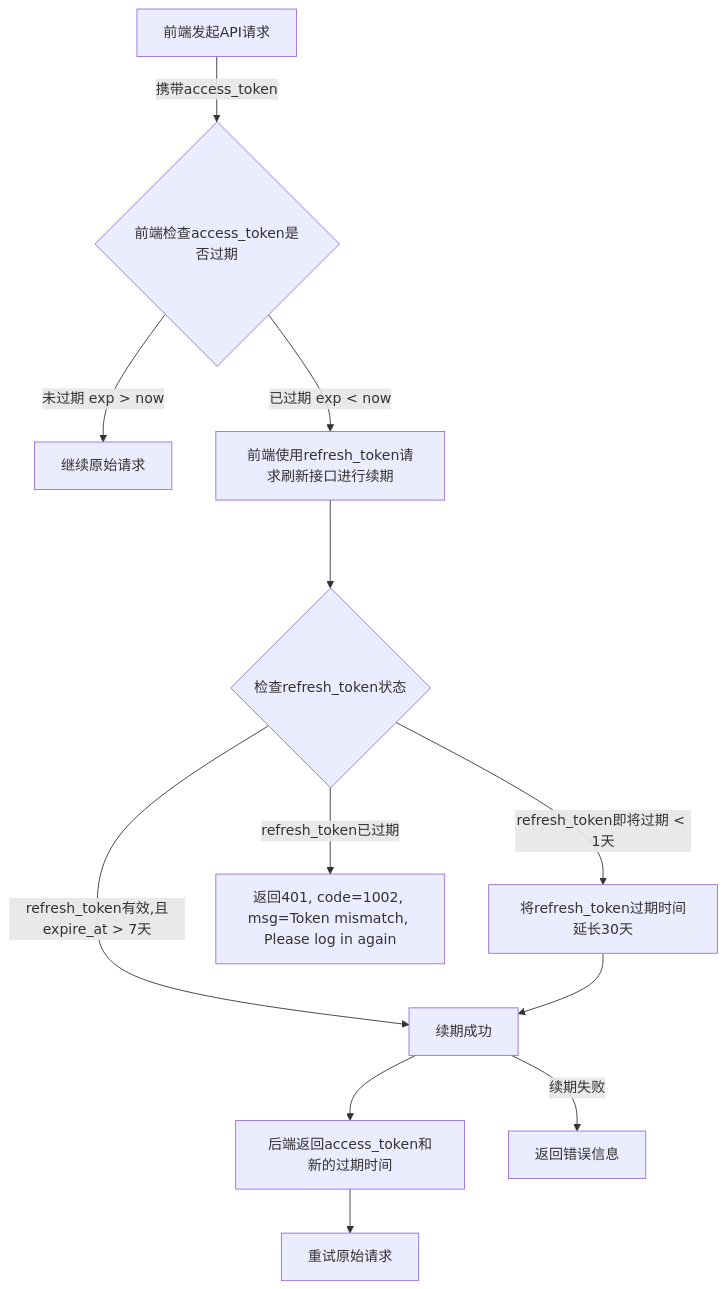
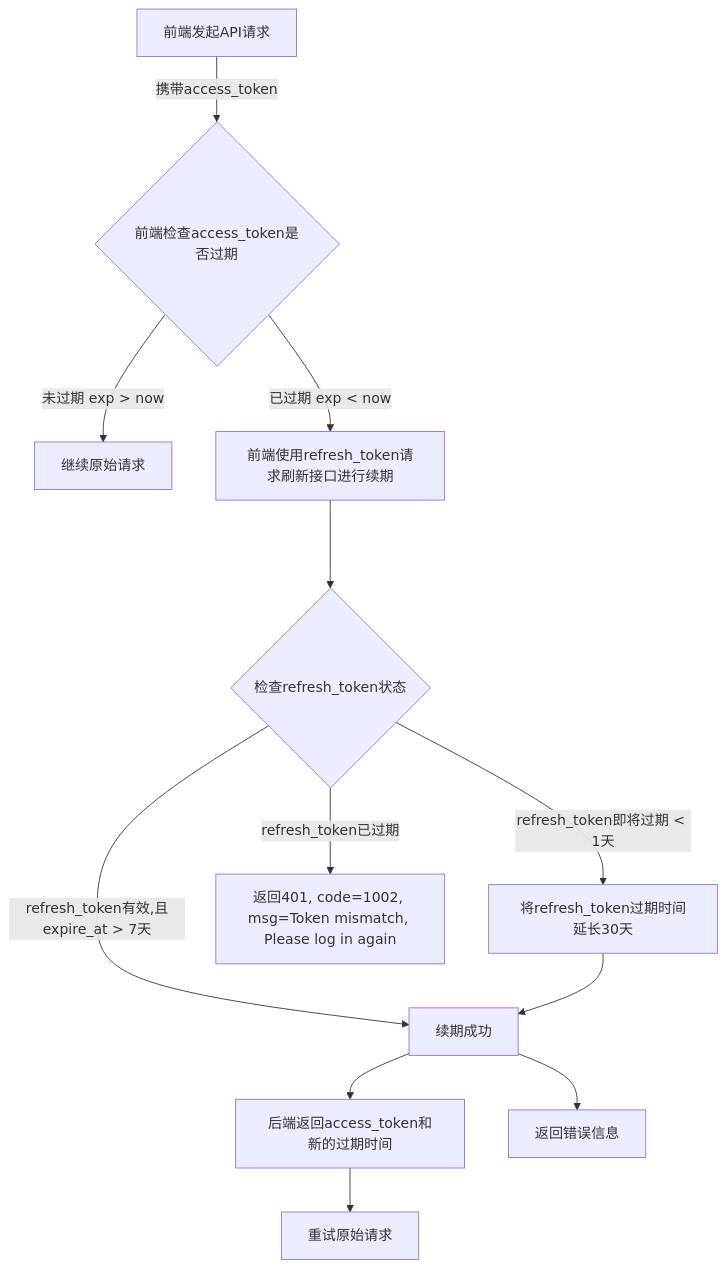
One commit to yingjianzh/iodraw-files changed the diagram in all/openAPI-17.md. Above: the diagram before and after it, drawn with Mermaid.

Commit message:
2025-01-08 18:16:02 update

````diff
--- a/all/openAPI-17.md
+++ b/all/openAPI-17.md
@@ -1,15 +1,15 @@
 ```mermaid
 flowchart TD
     A[前端发起API请求] -->|携带access_token| B{前端检查access_token是否过期}
     B -->|未过期 exp > now| C[继续原始请求]
     B -->|已过期 exp < now| D[前端使用refresh_token请求刷新接口进行续期]
     D ---> L{检查refresh_token状态}
     L -->|refresh_token即将过期 < 1天| E[将refresh_token过期时间延长30天]
     L -->|refresh_token已过期| F[返回401, code=1002, msg=Token mismatch, Please log in again]
     L -->|refresh_token有效,且expire_at > 7天 | G[续期成功]
     G -->H[后端返回access_token和新的过期时间]
-    G -->|续期失败| I[返回错误信息]
+    G -->I[返回错误信息]
     H --> J[重试原始请求]
     E --> G
 
 ```
````
